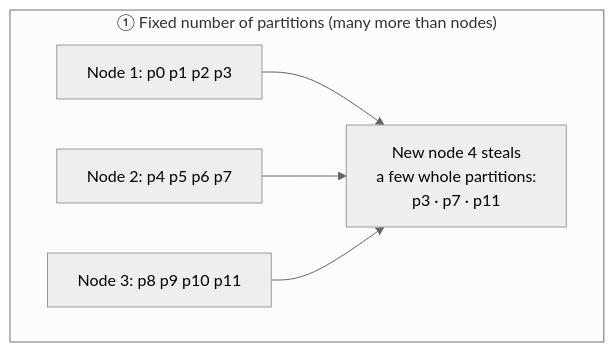
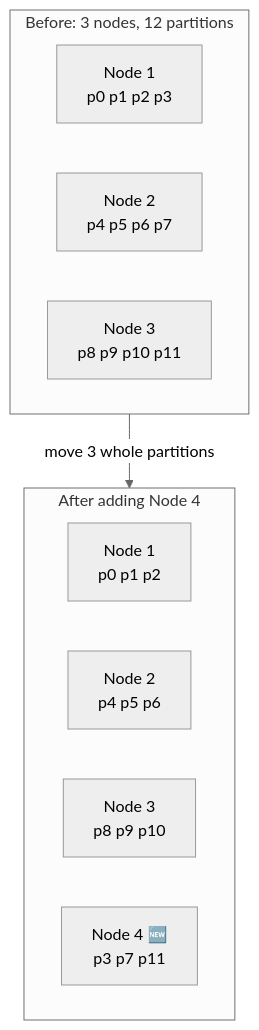
Diagram 16 of 26 in docs/chapters/part-2/06-partitioning.mdx (pratikguru998/ddia-book), drawn with Mermaid (neutral theme) before and after one commit. The commit also changed other lines of this file and 13 other files, not shown here.

Commit message:
Expand all 12 chapters: every book subsection, deeper notes, ~320 diagrams

````diff
--- a/docs/chapters/part-2/06-partitioning.mdx
+++ b/docs/chapters/part-2/06-partitioning.mdx
@@ -133,9 +649,17 @@
 ```mermaid
 flowchart TB
-  subgraph FIX["① Fixed number of partitions (many more than nodes)"]
+  subgraph BEFORE["Before: 3 nodes, 12 partitions"]
     direction LR
-    A1["Node 1: p0 p1 p2 p3"] --> NEWN["New node 4 steals<br/>a few whole partitions:<br/>p3 · p7 · p11"]
-    A2["Node 2: p4 p5 p6 p7"] --> NEWN
-    A3["Node 3: p8 p9 p10 p11"] --> NEWN
+    B1["Node 1<br/>p0 p1 p2 p3"]
+    B2["Node 2<br/>p4 p5 p6 p7"]
+    B3["Node 3<br/>p8 p9 p10 p11"]
   end
+  subgraph AFTER["After adding Node 4"]
+    direction LR
+    A1["Node 1<br/>p0 p1 p2"]
+    A2["Node 2<br/>p4 p5 p6"]
+    A3["Node 3<br/>p8 p9 p10"]
+    A4["Node 4 🆕<br/>p3 p7 p11"]
+  end
+  BEFORE -->|"move 3 whole partitions"| AFTER
 ```
````
